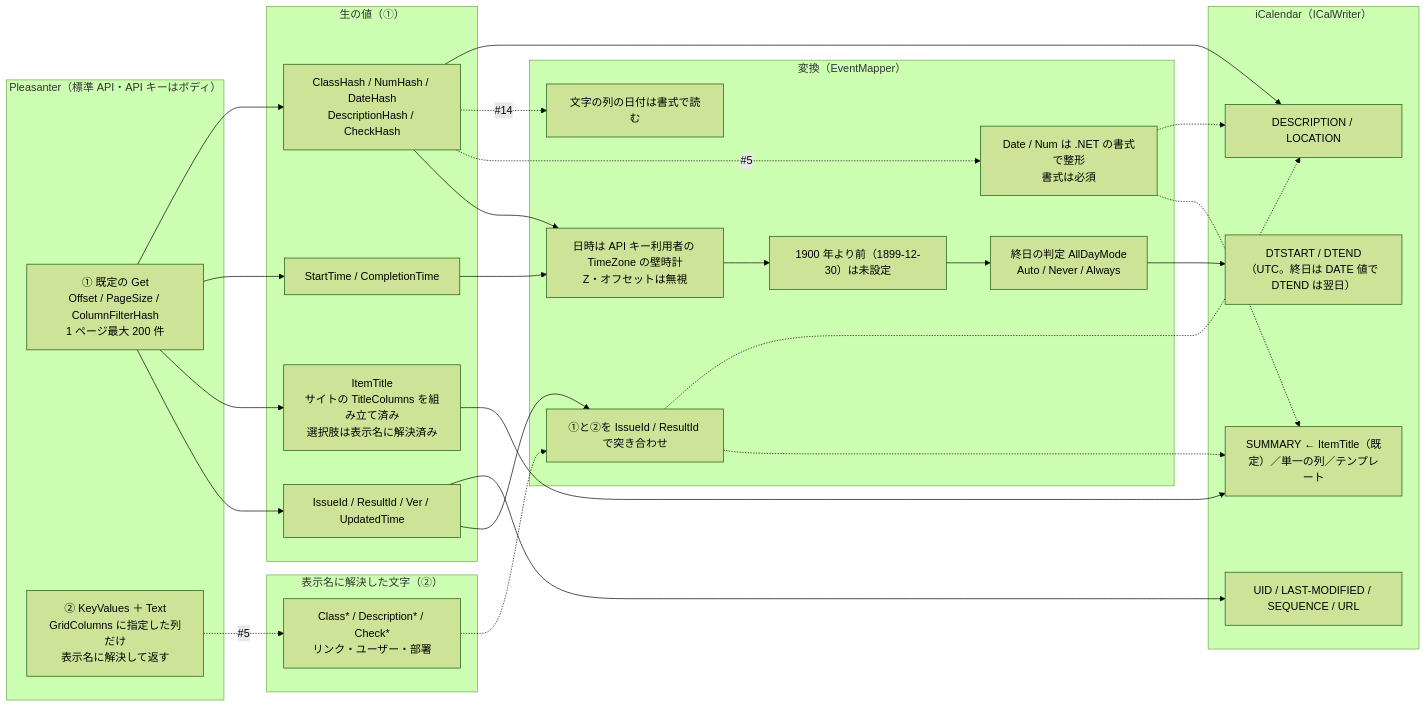
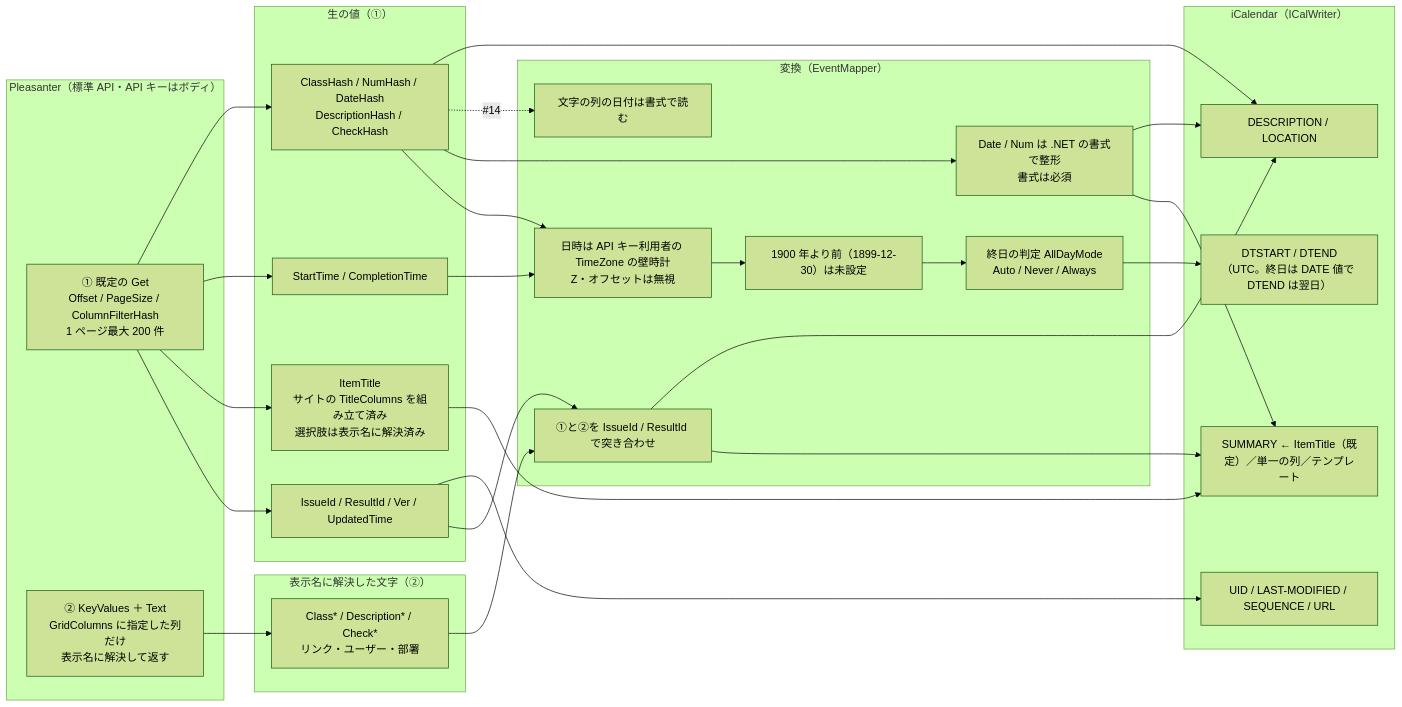
One commit to vehiclevisionjp/VehicleVision.PleasanterTools.CalendarFeed changed the second of 3 diagrams in _documents/アーキテクチャ方針.md. Above: the diagram before and after it, drawn with Mermaid (forest theme). The commit also changed other lines of this file and 1 other file, not shown here.

First line of the commit message:
件名テンプレートと表示名への解決の実機結果を記録し、方針書の図を実線へ直す

````diff
--- a/_documents/アーキテクチャ方針.md
+++ b/_documents/アーキテクチャ方針.md
@@ -148,50 +149,50 @@
 ```mermaid
 flowchart LR
     subgraph SRC["Pleasanter（標準 API・API キーはボディ）"]
         G["① 既定の Get<br/>Offset / PageSize / ColumnFilterHash<br/>1 ページ最大 200 件"]
         K["② KeyValues ＋ Text<br/>GridColumns に指定した列だけ<br/>表示名に解決して返す"]
     end
 
     subgraph RAW["生の値（①）"]
         ID["IssueId / ResultId / Ver / UpdatedTime"]
         IT["ItemTitle<br/>サイトの TitleColumns を組み立て済み<br/>選択肢は表示名に解決済み"]
         TM["StartTime / CompletionTime"]
         TY["ClassHash / NumHash / DateHash<br/>DescriptionHash / CheckHash"]
     end
 
     subgraph TXT["表示名に解決した文字（②）"]
         CL["Class* / Description* / Check*<br/>リンク・ユーザー・部署"]
     end
 
     G --> ID & IT & TM & TY
-    K -.->|"#5"| CL
+    K --> CL
 
     subgraph CONV["変換（EventMapper）"]
         TZ["日時は API キー利用者の TimeZone の壁時計<br/>Z・オフセットは無視"]
         UN["1900 年より前（1899-12-30）は未設定"]
         AD["終日の判定 AllDayMode<br/>Auto / Never / Always"]
         FM["Date / Num は .NET の書式で整形<br/>書式は必須"]
         PS["文字の列の日付は書式で読む"]
         JN["①と②を IssueId / ResultId で突き合わせ"]
     end
 
     TM & TY --> TZ --> UN --> AD
-    TY -.->|"#5"| FM
+    TY --> FM
     TY -.->|"#14"| PS
-    CL -.-> JN
+    CL --> JN
     ID --> JN
 
     subgraph OUT["iCalendar（ICalWriter）"]
         SUM["SUMMARY ← ItemTitle（既定）／単一の列／テンプレート"]
         DT["DTSTART / DTEND（UTC。終日は DATE 値で DTEND は翌日）"]
         DS["DESCRIPTION / LOCATION"]
         MT["UID / LAST-MODIFIED / SEQUENCE / URL"]
     end
 
     IT --> SUM
     AD --> DT
     TY --> DS
-    FM -.-> SUM & DS
-    JN -.-> SUM & DS
+    FM --> SUM & DS
+    JN --> SUM & DS
     ID --> MT
 ```
````
